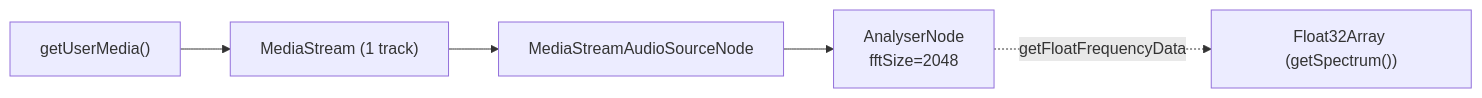
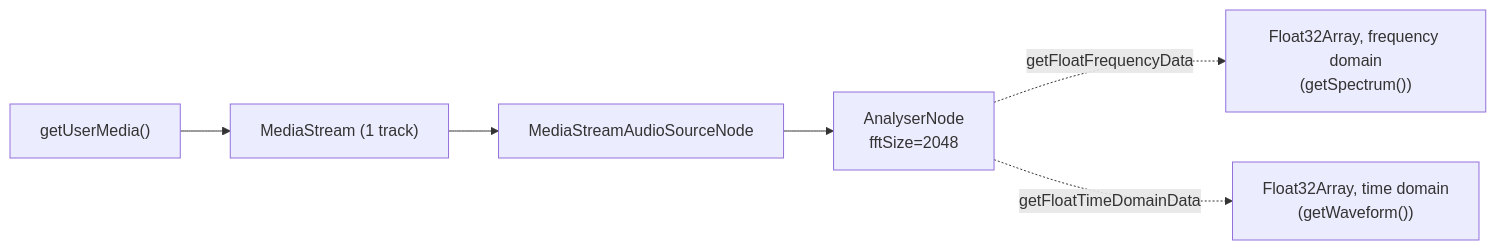
The first of 2 diagrams in docs/audio-capture.md (lvndrpup/voice-trainer), drawn with Mermaid before and after one commit. The commit also changed other lines of this file and 3 other files, not shown here.

````diff
--- a/docs/audio-capture.md
+++ b/docs/audio-capture.md
@@ -42,7 +42,8 @@
 ```mermaid
 graph LR
     UM["getUserMedia()"] --> MS["MediaStream (1 track)"]
     MS --> SRC["MediaStreamAudioSourceNode"]
     SRC --> AN["AnalyserNode<br/>fftSize=2048"]
-    AN -.->|getFloatFrequencyData| OUT["Float32Array (getSpectrum())"]
+    AN -.->|getFloatFrequencyData| OUT["Float32Array, frequency domain<br/>(getSpectrum())"]
+    AN -.->|getFloatTimeDomainData| OUT2["Float32Array, time domain<br/>(getWaveform())"]
 ```
````
